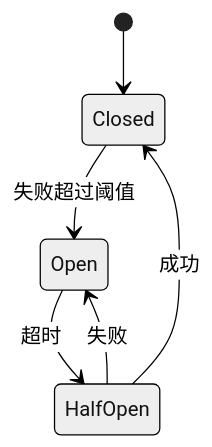
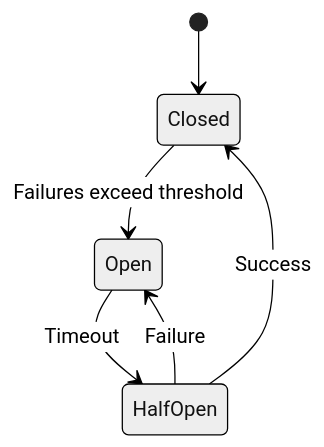
The second of 3 diagrams in references/architecture/microservices-compliance.md (Kirky-X/diting), drawn with Mermaid (neutral theme) before and after one commit. The commit also changed other lines of this file and 78 other files, not shown here.

````diff
--- a/references/architecture/microservices-compliance.md
+++ b/references/architecture/microservices-compliance.md
@@ -176,8 +176,8 @@
 ```mermaid
 stateDiagram-v2
     [*] --> Closed
-    Closed --> Open : 失败超过阈值
-    Open --> HalfOpen : 超时
-    HalfOpen --> Closed : 成功
-    HalfOpen --> Open : 失败
+    Closed --> Open : Failures exceed threshold
+    Open --> HalfOpen : Timeout
+    HalfOpen --> Closed : Success
+    HalfOpen --> Open : Failure
 ```
````
